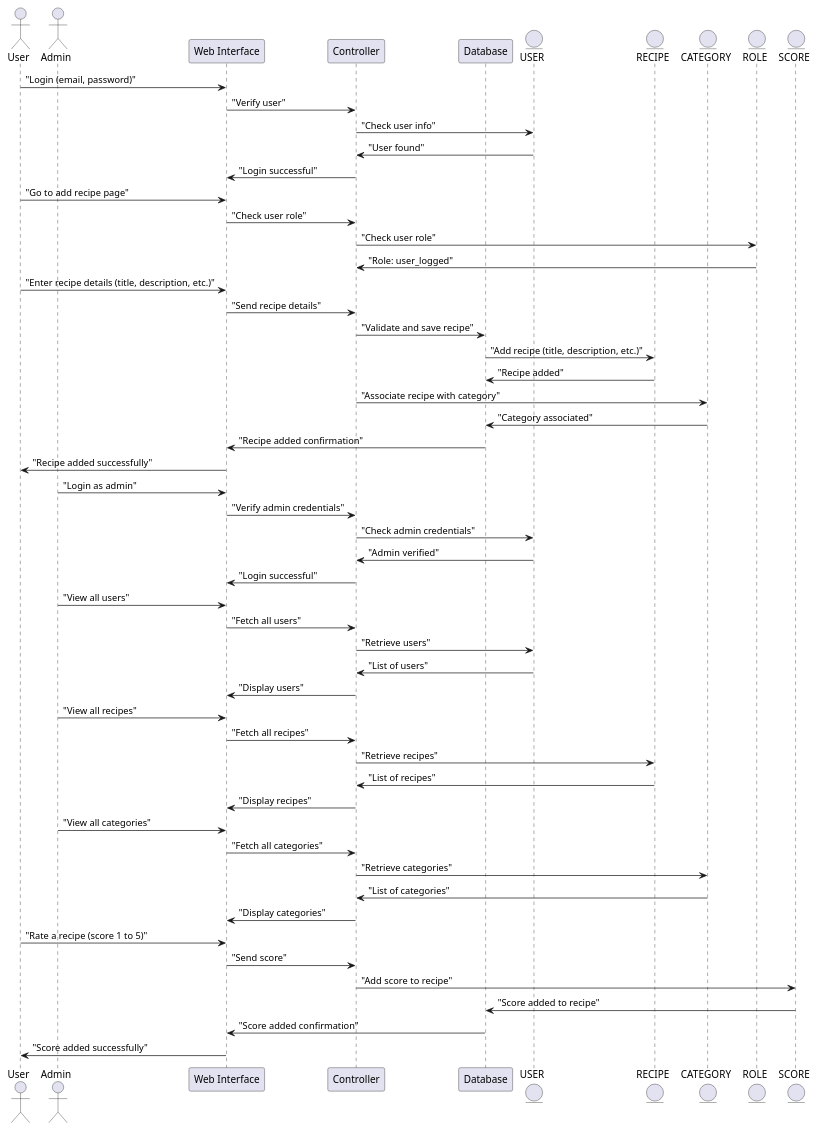
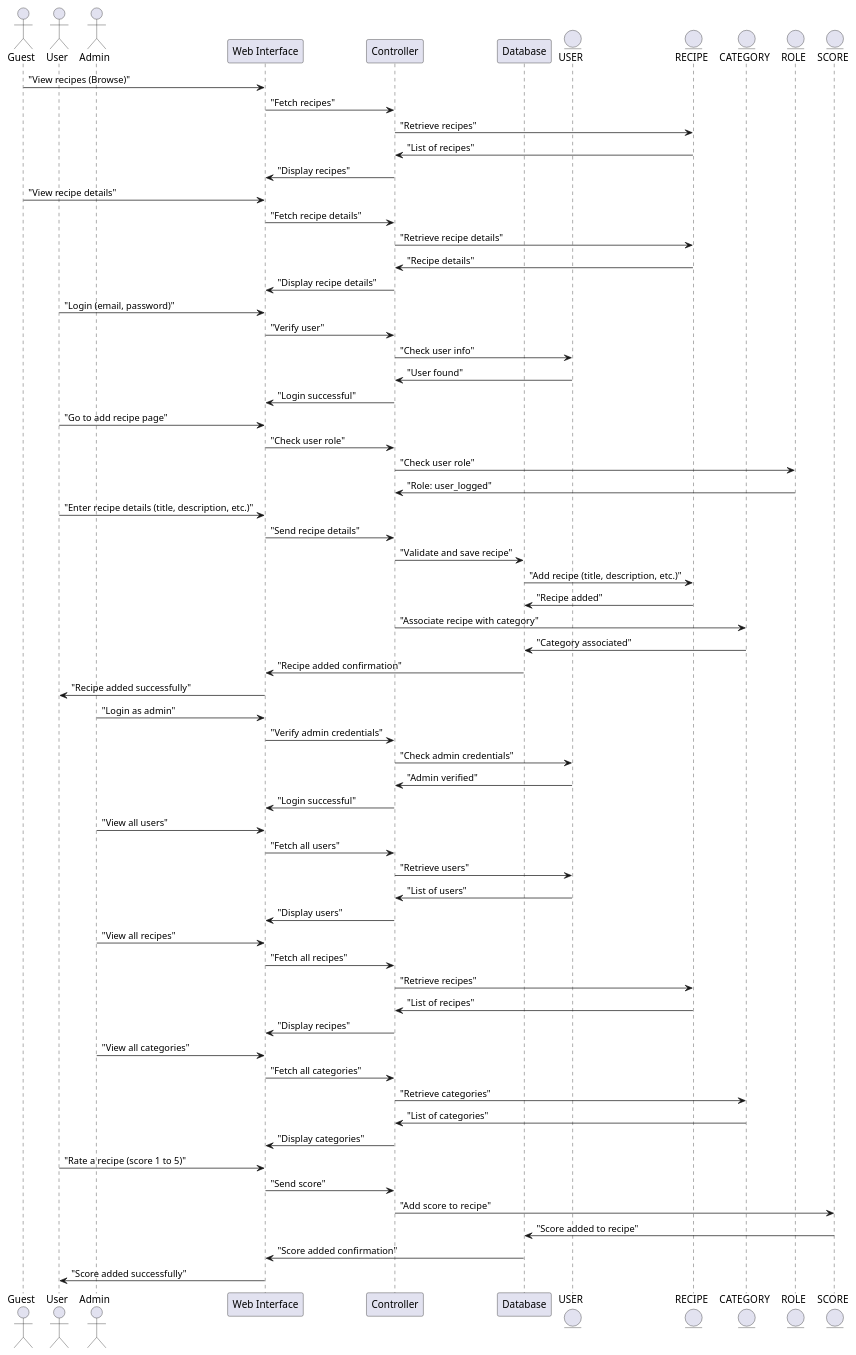
The diagram in conception/diagrammes/diagramme_sequence.puml (josephDelnord/cinesaveurs), drawn with PlantUML before and after one commit. The commit also changed 29 other files, not shown here.

Commit message:
review MCD, MLD, Diagrammes, arborescence

```diff
--- a/conception/diagrammes/diagramme_sequence.puml
+++ b/conception/diagrammes/diagramme_sequence.puml
@@ -1,73 +1,88 @@
 @startuml
+actor "Guest" as Guest
 actor "User" as User
 actor "Admin" as Admin
 participant "Web Interface" as Web
 participant "Controller" as Controller
 participant "Database" as DB
 entity "USER" as UserDB
 entity "RECIPE" as RecipeDB
 entity "CATEGORY" as CategoryDB
 entity "ROLE" as RoleDB
 entity "SCORE" as ScoreDB
 
-' Interaction 1: The user logs in
+' Interaction 1: The guest views the recipes
+Guest -> Web : "View recipes (Browse)"
+Web -> Controller : "Fetch recipes"
+Controller -> RecipeDB : "Retrieve recipes"
+RecipeDB -> Controller : "List of recipes"
+Controller -> Web : "Display recipes"
+
+' Interaction 2: The guest views recipe details
+Guest -> Web : "View recipe details"
+Web -> Controller : "Fetch recipe details"
+Controller -> RecipeDB : "Retrieve recipe details"
+RecipeDB -> Controller : "Recipe details"
+Controller -> Web : "Display recipe details"
+
+' Interaction 3: The user logs in
 User -> Web : "Login (email, password)"
 Web -> Controller : "Verify user"
 Controller -> UserDB : "Check user info"
 UserDB -> Controller : "User found"
 Controller -> Web : "Login successful"
 
-' Interaction 2: The user accesses the add recipe page
+' Interaction 4: The user accesses the add recipe page
 User -> Web : "Go to add recipe page"
 Web -> Controller : "Check user role"
 Controller -> RoleDB : "Check user role"
 RoleDB -> Controller : "Role: user_logged"
 
-' Interaction 3: The user enters the recipe information
+' Interaction 5: The user enters the recipe information
 User -> Web : "Enter recipe details (title, description, etc.)"
 Web -> Controller : "Send recipe details"
 Controller -> DB : "Validate and save recipe"
 DB -> RecipeDB : "Add recipe (title, description, etc.)"
 RecipeDB -> DB : "Recipe added"
 
-' Interaction 4: Associate the recipe with a category
+' Interaction 6: Associate the recipe with a category
 Controller -> CategoryDB : "Associate recipe with category"
 CategoryDB -> DB : "Category associated"
 DB -> Web : "Recipe added confirmation"
 
-' Interaction 5: The web interface confirms the recipe addition
+' Interaction 7: The web interface confirms the recipe addition
 Web -> User : "Recipe added successfully"
 
 ' Admin checks users, recipes, and categories
 Admin -> Web : "Login as admin"
 Web -> Controller : "Verify admin credentials"
 Controller -> UserDB : "Check admin credentials"
 UserDB -> Controller : "Admin verified"
 Controller -> Web : "Login successful"
 
 Admin -> Web : "View all users"
 Web -> Controller : "Fetch all users"
 Controller -> UserDB : "Retrieve users"
 UserDB -> Controller : "List of users"
 Controller -> Web : "Display users"
 
 Admin -> Web : "View all recipes"
 Web -> Controller : "Fetch all recipes"
 Controller -> RecipeDB : "Retrieve recipes"
 RecipeDB -> Controller : "List of recipes"
 Controller -> Web : "Display recipes"
 
 Admin -> Web : "View all categories"
 Web -> Controller : "Fetch all categories"
 Controller -> CategoryDB : "Retrieve categories"
 CategoryDB -> Controller : "List of categories"
 Controller -> Web : "Display categories"
 
-' Interaction 6: User adds a score to a recipe
+' Interaction 8: User adds a score to a recipe
 User -> Web : "Rate a recipe (score 1 to 5)"
 Web -> Controller : "Send score"
 Controller -> ScoreDB : "Add score to recipe"
 ScoreDB -> DB : "Score added to recipe"
 DB -> Web : "Score added confirmation"
 Web -> User : "Score added successfully"
 @enduml
```
